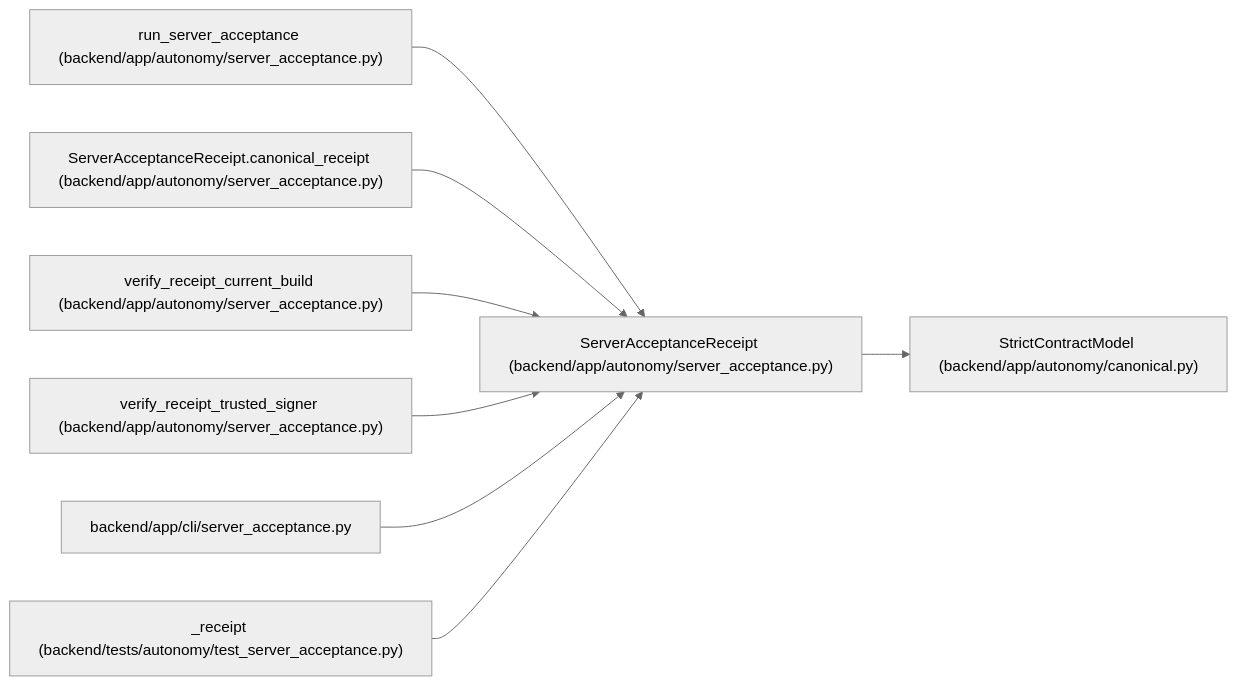
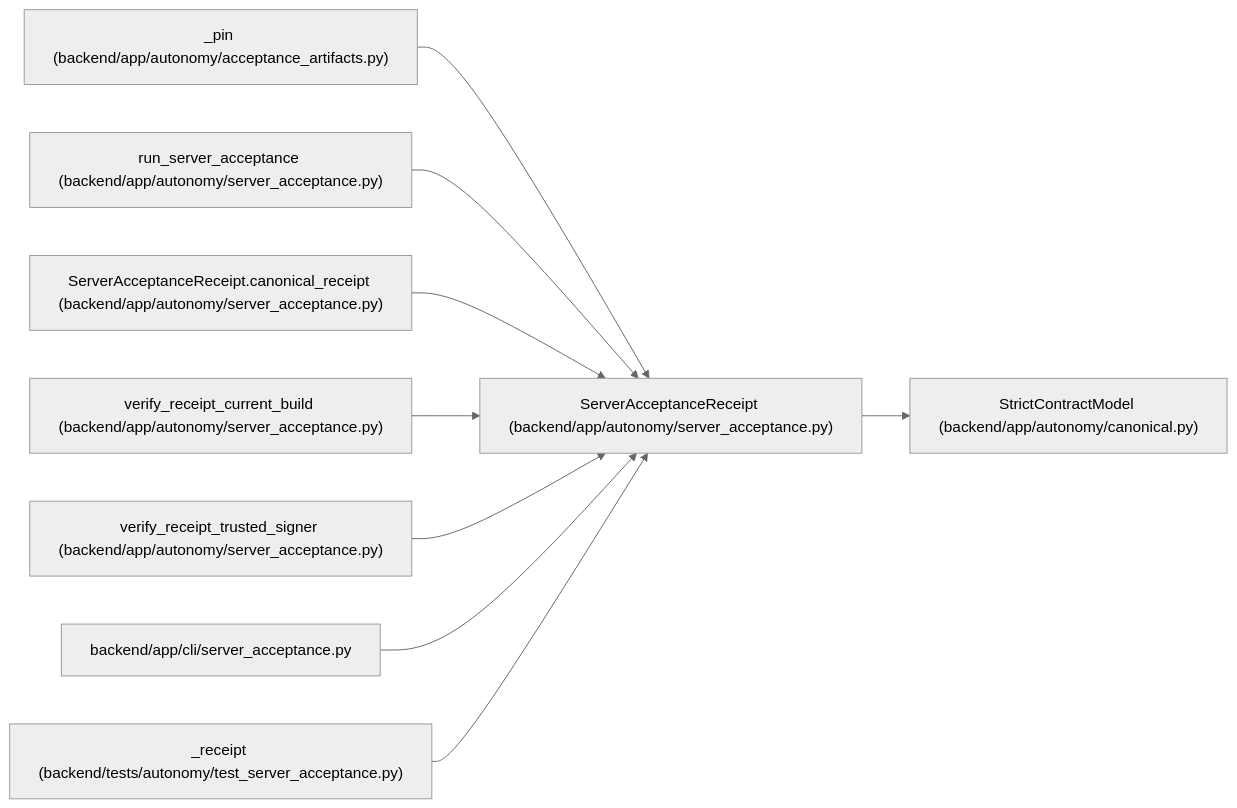
The diagram in docs/llm_wiki/entities/ServerAcceptanceReceipt.md (Denissvgn/WorkChord), drawn with Mermaid (neutral theme) before and after one commit. The commit also changed other lines of this file and 10148 other files, not shown here.

````diff
--- a/docs/llm_wiki/entities/ServerAcceptanceReceipt.md
+++ b/docs/llm_wiki/entities/ServerAcceptanceReceipt.md
@@ -47,26 +47,29 @@
 ```mermaid
 flowchart LR
     n0["ServerAcceptanceReceipt (backend/app/autonomy/server_acceptance.py)"]
     n1["StrictContractModel (backend/app/autonomy/canonical.py)"]
-    n2["run_server_acceptance (backend/app/autonomy/server_acceptance.py)"]
-    n3["ServerAcceptanceReceipt.canonical_receipt (backend/app/autonomy/server_acceptance.py)"]
-    n4["verify_receipt_current_build (backend/app/autonomy/server_acceptance.py)"]
-    n5["verify_receipt_trusted_signer (backend/app/autonomy/server_acceptance.py)"]
-    n6["backend/app/cli/server_acceptance.py"]
-    n7["_receipt (backend/tests/autonomy/test_server_acceptance.py)"]
+    n2["_pin (backend/app/autonomy/acceptance_artifacts.py)"]
+    n3["run_server_acceptance (backend/app/autonomy/server_acceptance.py)"]
+    n4["ServerAcceptanceReceipt.canonical_receipt (backend/app/autonomy/server_acceptance.py)"]
+    n5["verify_receipt_current_build (backend/app/autonomy/server_acceptance.py)"]
+    n6["verify_receipt_trusted_signer (backend/app/autonomy/server_acceptance.py)"]
+    n7["backend/app/cli/server_acceptance.py"]
+    n8["_receipt (backend/tests/autonomy/test_server_acceptance.py)"]
     n0 --> n1
     n2 --> n0
     n3 --> n0
     n4 --> n0
     n5 --> n0
     n6 --> n0
     n7 --> n0
+    n8 --> n0
     click n0 "../modules/autonomy_server_acceptance.md"
     click n1 "../modules/autonomy_canonical.md"
-    click n2 "../modules/autonomy_server_acceptance.md"
+    click n2 "../modules/acceptance_artifacts.md"
     click n3 "../modules/autonomy_server_acceptance.md"
     click n4 "../modules/autonomy_server_acceptance.md"
     click n5 "../modules/autonomy_server_acceptance.md"
-    click n6 "../modules/cli_server_acceptance.md"
-    click n7 "../modules/test_server_acceptance.md"
+    click n6 "../modules/autonomy_server_acceptance.md"
+    click n7 "../modules/cli_server_acceptance.md"
+    click n8 "../modules/test_server_acceptance.md"
 ```
````
